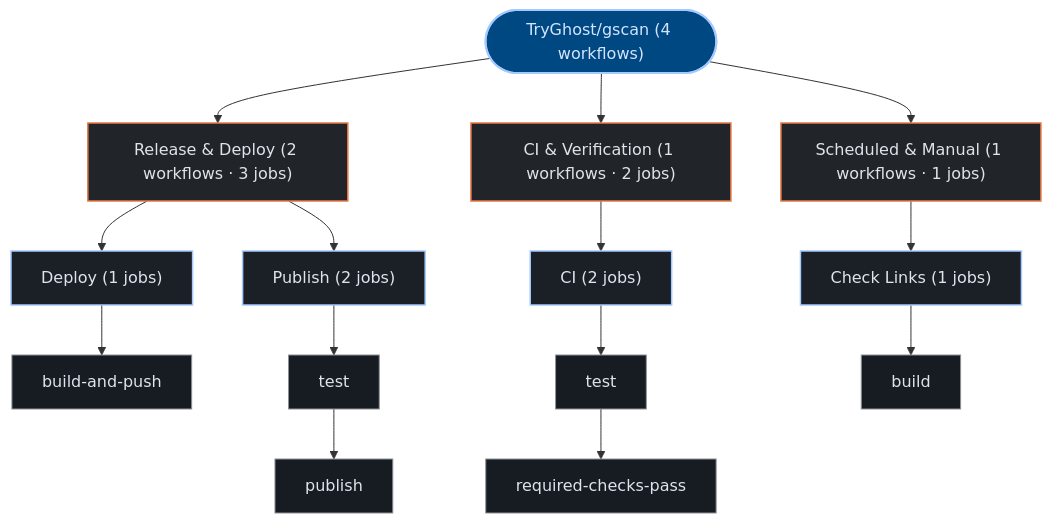
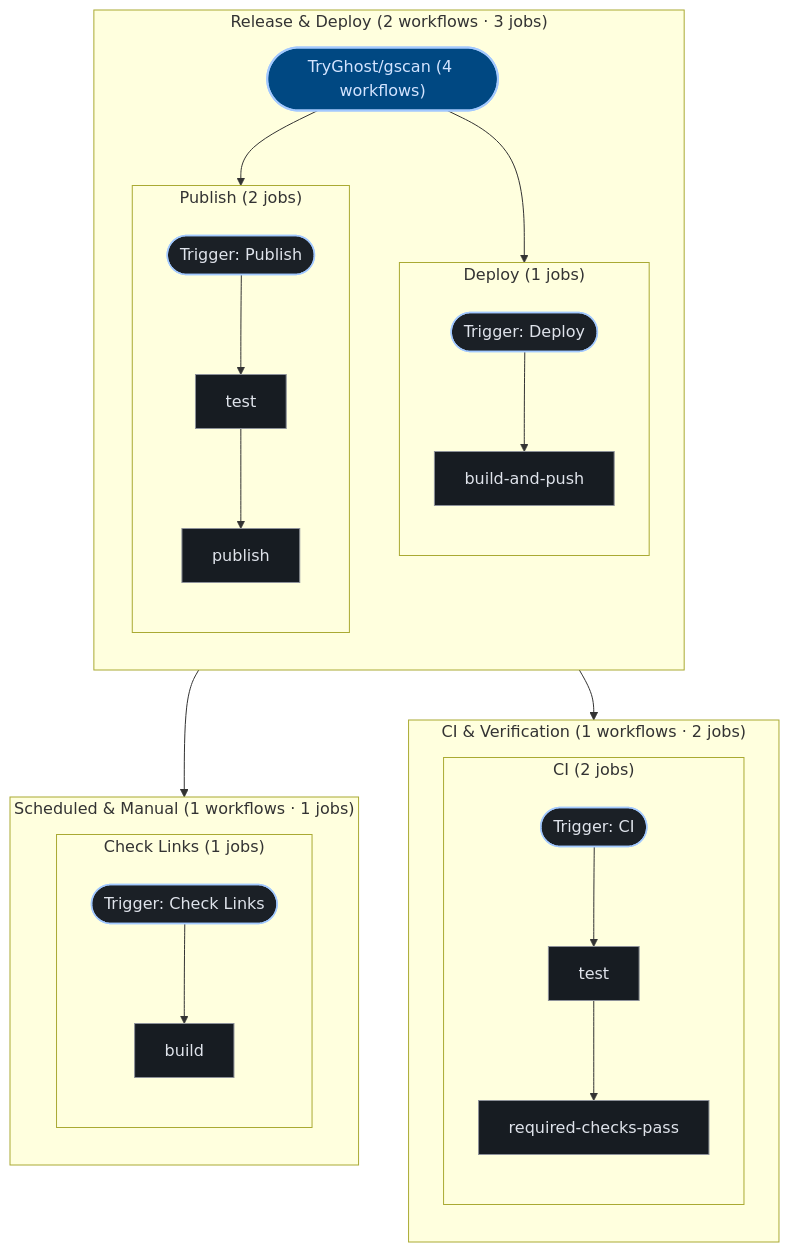
One commit to kumarshaz/atruss-code-atlas changed the third of 3 diagrams in exports/latest/reports/TryGhost-gscan-report.md. Above: the diagram before and after it, drawn with Mermaid. The commit also changed 181 other files, not shown here.

````diff
--- a/exports/latest/reports/TryGhost-gscan-report.md
+++ b/exports/latest/reports/TryGhost-gscan-report.md
@@ -280,37 +280,52 @@
 ```mermaid
 graph TD;
   classDef atlasRoot fill:#004882,stroke:#a3c9ff,stroke-width:2px,color:#d3e4ff
   classDef atlasCategory fill:#212428,stroke:#E87A48,stroke-width:1.5px,color:#dfe3eb
   classDef atlasWorkflow fill:#1b2026,stroke:#a3c9ff,stroke-width:1.5px,color:#dfe3eb
   classDef atlasJob fill:#171c22,stroke:#8d9199,stroke-width:1px,color:#dfe3eb
   classDef atlasTarget fill:#005227,stroke:#8bd99b,stroke-width:1.5px,color:#a7f6b6
   classDef atlasAlert fill:#93000a,stroke:#ffb4ab,stroke-width:1.5px,color:#ffdad6
   classDef atlasMore fill:#252a31,stroke:#8d9199,stroke-dasharray:4 4,color:#c3c6cf
   pipeline_root(["TryGhost/gscan (4 workflows)"]):::atlasRoot
-  grp_0_Release___Deploy["Release & Deploy (2 workflows · 3 jobs)"]:::atlasCategory
-  pipeline_root --> grp_0_Release___Deploy
-  wf_2_Deploy["Deploy (1 jobs)"]:::atlasWorkflow
-  grp_0_Release___Deploy --> wf_2_Deploy
-  job_2_build_and_push["build-and-push"]:::atlasJob
-  wf_2_Deploy --> job_2_build_and_push
-  wf_3_Publish["Publish (2 jobs)"]:::atlasWorkflow
-  grp_0_Release___Deploy --> wf_3_Publish
-  job_3_test["test"]:::atlasJob
-  job_3_publish["publish"]:::atlasJob
-  wf_3_Publish --> job_3_test
-  job_3_test --> job_3_publish
-  grp_1_CI___Verification["CI & Verification (1 workflows · 2 jobs)"]:::atlasCategory
-  pipeline_root --> grp_1_CI___Verification
-  wf_1_CI["CI (2 jobs)"]:::atlasWorkflow
-  grp_1_CI___Verification --> wf_1_CI
-  job_1_test["test"]:::atlasJob
-  job_1_required_checks_pass["required-checks-pass"]:::atlasJob
-  wf_1_CI --> job_1_test
-  job_1_test --> job_1_required_checks_pass
-  grp_2_Scheduled___Manual["Scheduled & Manual (1 workflows · 1 jobs)"]:::atlasCategory
-  pipeline_root --> grp_2_Scheduled___Manual
-  wf_0_Check_Links["Check Links (1 jobs)"]:::atlasWorkflow
-  grp_2_Scheduled___Manual --> wf_0_Check_Links
-  job_0_build["build"]:::atlasJob
-  wf_0_Check_Links --> job_0_build
+  subgraph sg_grp_0_Release___Deploy["Release & Deploy (2 workflows · 3 jobs)"]
+    direction TB
+    subgraph sg_wf_2_Deploy["Deploy (1 jobs)"]
+      direction TB
+      wf_2_Deploy(["Trigger: Deploy"]):::atlasWorkflow
+      job_2_build_and_push["build-and-push"]:::atlasJob
+      wf_2_Deploy --> job_2_build_and_push
+    end
+    pipeline_root --> wf_2_Deploy
+    subgraph sg_wf_3_Publish["Publish (2 jobs)"]
+      direction TB
+      wf_3_Publish(["Trigger: Publish"]):::atlasWorkflow
+      job_3_test["test"]:::atlasJob
+      job_3_publish["publish"]:::atlasJob
+      wf_3_Publish --> job_3_test
+      job_3_test --> job_3_publish
+    end
+    pipeline_root --> wf_3_Publish
+  end
+  subgraph sg_grp_1_CI___Verification["CI & Verification (1 workflows · 2 jobs)"]
+    direction TB
+    subgraph sg_wf_1_CI["CI (2 jobs)"]
+      direction TB
+      wf_1_CI(["Trigger: CI"]):::atlasWorkflow
+      job_1_test["test"]:::atlasJob
+      job_1_required_checks_pass["required-checks-pass"]:::atlasJob
+      wf_1_CI --> job_1_test
+      job_1_test --> job_1_required_checks_pass
+    end
+    pipeline_root --> wf_1_CI
+  end
+  subgraph sg_grp_2_Scheduled___Manual["Scheduled & Manual (1 workflows · 1 jobs)"]
+    direction TB
+    subgraph sg_wf_0_Check_Links["Check Links (1 jobs)"]
+      direction TB
+      wf_0_Check_Links(["Trigger: Check Links"]):::atlasWorkflow
+      job_0_build["build"]:::atlasJob
+      wf_0_Check_Links --> job_0_build
+    end
+    pipeline_root --> wf_0_Check_Links
+  end
 ```
````
